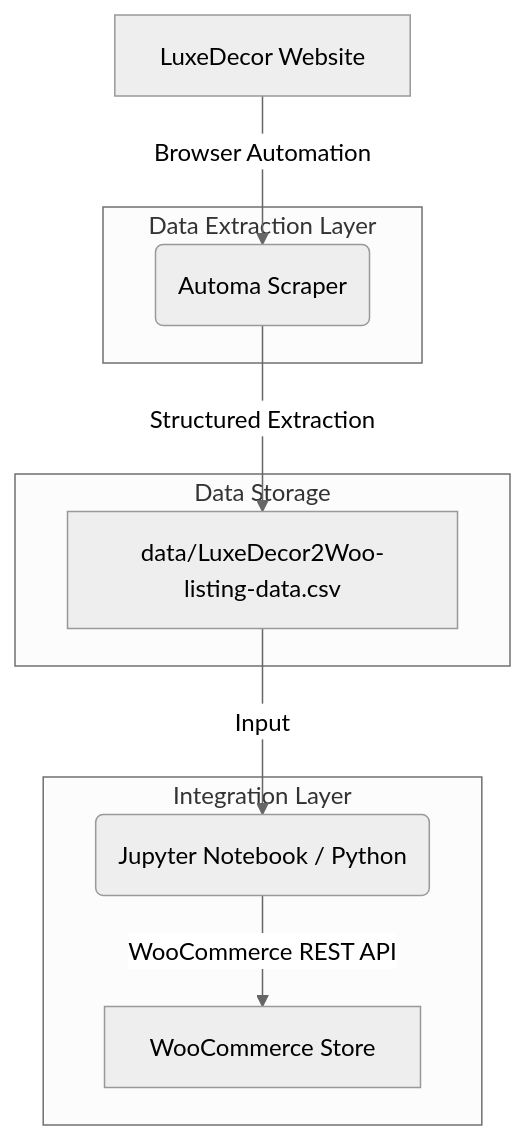
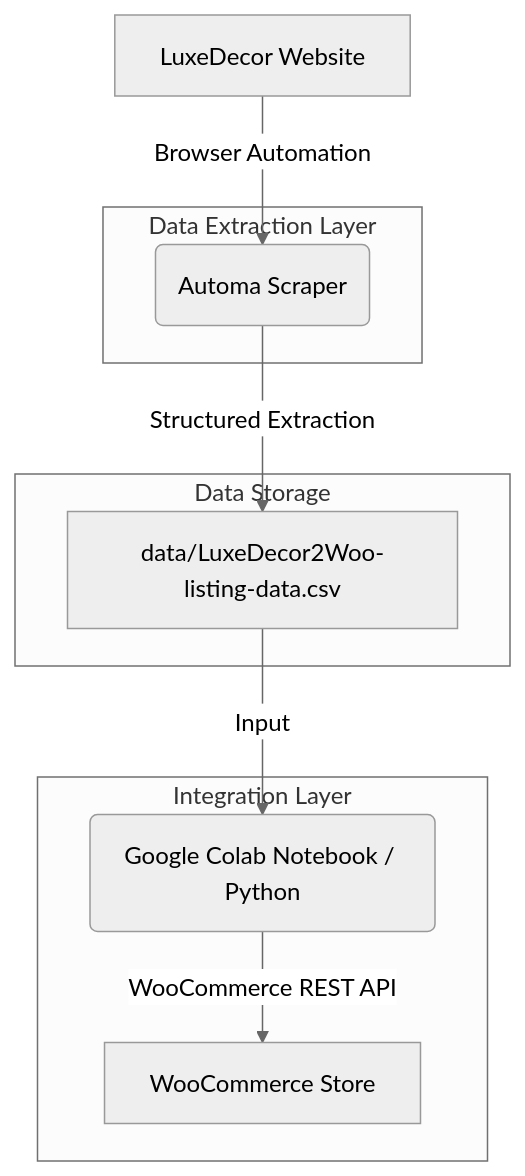
Before and after one commit to sah-automation/woocommerce-product-lister: the diagram in architecture.md, drawn with Mermaid (neutral theme). The commit also changed other lines of this file, not shown here.

````diff
--- a/architecture.md
+++ b/architecture.md
@@ -10,20 +10,20 @@
 ```mermaid
 graph TD
     A[LuxeDecor Website] -->|Browser Automation| B(Automa Scraper)
     B -->|Structured Extraction| C[data/LuxeDecor2Woo-listing-data.csv]
-    C -->|Input| D(Jupyter Notebook / Python)
+    C -->|Input| D(Google Colab Notebook / Python)
     D -->|WooCommerce REST API| E[WooCommerce Store]
     
     subgraph "Data Extraction Layer"
     B
     end
     
     subgraph "Data Storage"
     C
     end
     
     subgraph "Integration Layer"
     D
     E
     end
 ```
````
